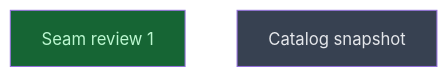
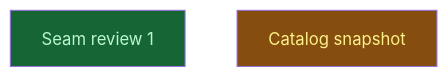
Before and after one commit to CrackingShells/Candler: the diagram in __roadmap__/integrity/causes/checkpoint/README.md, drawn with Mermaid. The commit also changed other lines of this file and 16 other files, not shown here.

````diff
--- a/__roadmap__/integrity/causes/checkpoint/README.md
+++ b/__roadmap__/integrity/causes/checkpoint/README.md
@@ -17,10 +17,10 @@
 ```mermaid
 graph TD
     seam_review_one[Seam review 1]:::done
-    snapshot[Catalog snapshot]:::planned
+    snapshot[Catalog snapshot]:::inprogress
     classDef done       fill:#166534,color:#bbf7d0
     classDef inprogress fill:#854d0e,color:#fef08a
     classDef planned    fill:#374151,color:#e5e7eb
     classDef amendment  fill:#1e3a5f,color:#bfdbfe
     classDef blocked    fill:#7f1d1d,color:#fecaca
 ```
````
